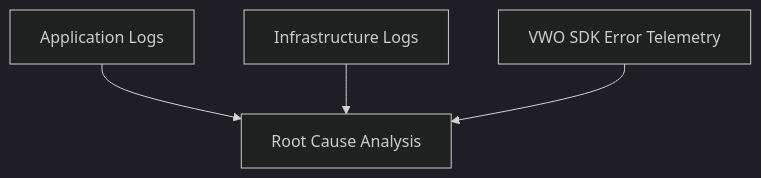
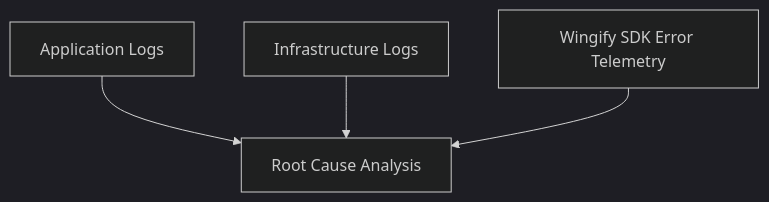
The second of 2 diagrams in docs/Concepts/fme-debugging-capabilities.md (wingify/readme-central), drawn with Mermaid (dark theme) before and after one commit. The commit also changed other lines of this file and 232 other files, not shown here.

Commit message:
VWO -> Wingify branding

````diff
--- a/docs/Concepts/fme-debugging-capabilities.md
+++ b/docs/Concepts/fme-debugging-capabilities.md
@@ -355,10 +355,10 @@
 ```mermaid
 flowchart TB
     A[Application Logs]
     B[Infrastructure Logs]
-    C[VWO SDK Error Telemetry]
+    C[Wingify SDK Error Telemetry]
 
     A --> D[Root Cause Analysis]
     B --> D
     C --> D
 ```
````
